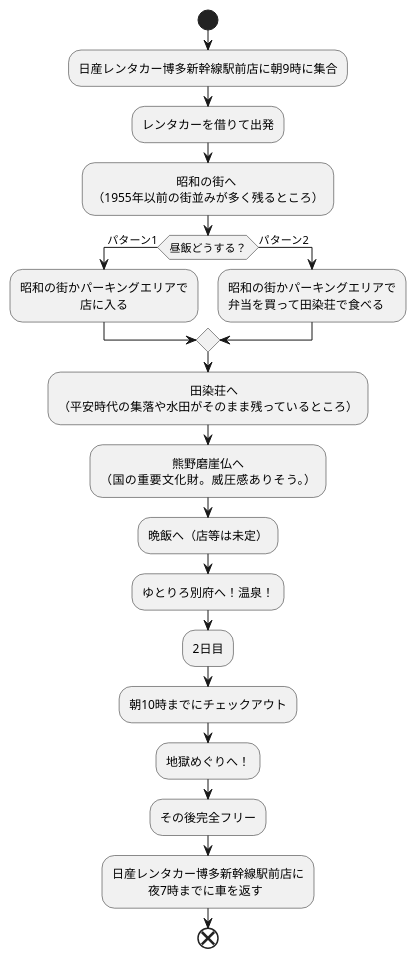
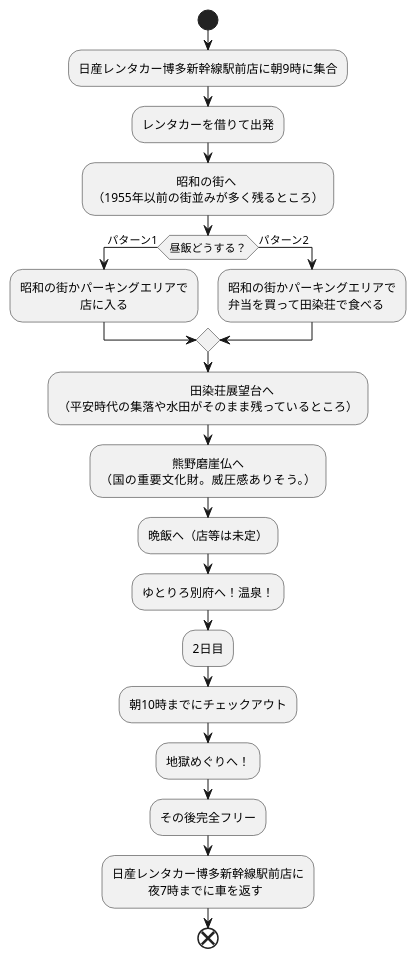
Before and after one commit to Aso2001369/2021sys-design: the diagram in trip/trip.md, drawn with PlantUML.

````diff
--- a/trip/trip.md
+++ b/trip/trip.md
@@ -1,31 +1,31 @@
 ```uml
 @startuml
 start
 
 :日産レンタカー博多新幹線駅前店に朝9時に集合;
 :レンタカーを借りて出発;
 :　　　　　　　昭和の街へ
 （1955年以前の街並みが多く残るところ）;
 if(昼飯どうする？)then(パターン1)
 :昭和の街かパーキングエリアで
 　　　　　店に入る;
 else(パターン2)
 :昭和の街かパーキングエリアで
 弁当を買って田染荘で食べる;
 endif
-:　　　　　　　　　　　田染荘へ
+:　　　　　　　　　　　田染荘展望台へ
 （平安時代の集落や水田がそのまま残っているところ）;
 :　　　　　　熊野磨崖仏へ
 （国の重要文化財。威圧感ありそう。）;
 :晩飯へ（店等は未定）;
 :ゆとりろ別府へ！温泉！;
 :2日目;
 :朝10時までにチェックアウト;
 :地獄めぐりへ！;
 :その後完全フリー;
 :日産レンタカー博多新幹線駅前店に
 　　　夜7時までに車を返す;
 
 end
 @enduml
 ```
````
